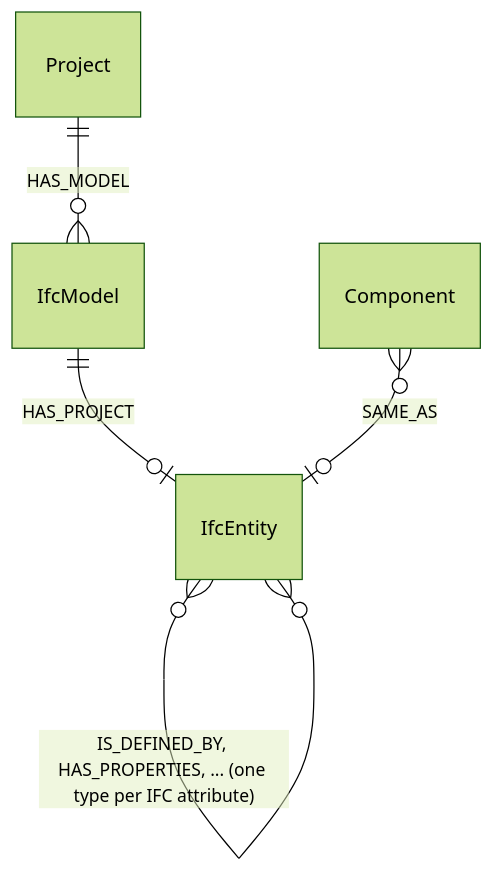
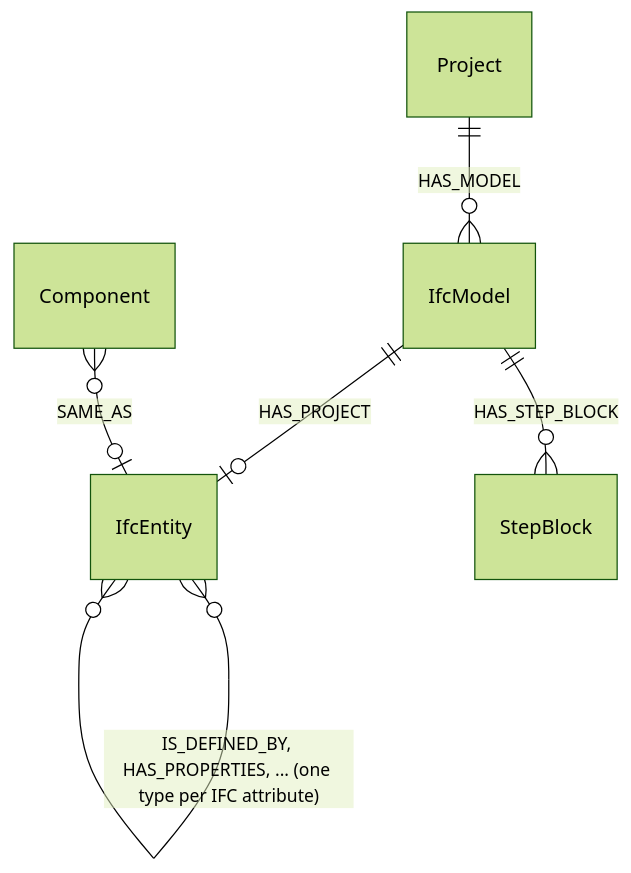
Before and after one commit to marwiss/Kontroll: the sixth of 6 diagrams in docs/da/graph-schema.md, drawn with Mermaid (forest theme). The commit also changed other lines of this file and 31 other files, not shown here.

````diff
--- a/docs/da/graph-schema.md
+++ b/docs/da/graph-schema.md
@@ -150,7 +150,8 @@
 ```mermaid
 erDiagram
     Project ||--o{ IfcModel : HAS_MODEL
     IfcModel ||--o| IfcEntity : HAS_PROJECT
+    IfcModel ||--o{ StepBlock : HAS_STEP_BLOCK
     IfcEntity }o--o{ IfcEntity : "IS_DEFINED_BY, HAS_PROPERTIES, ... (one type per IFC attribute)"
     Component }o--o| IfcEntity : SAME_AS
 ```
````
